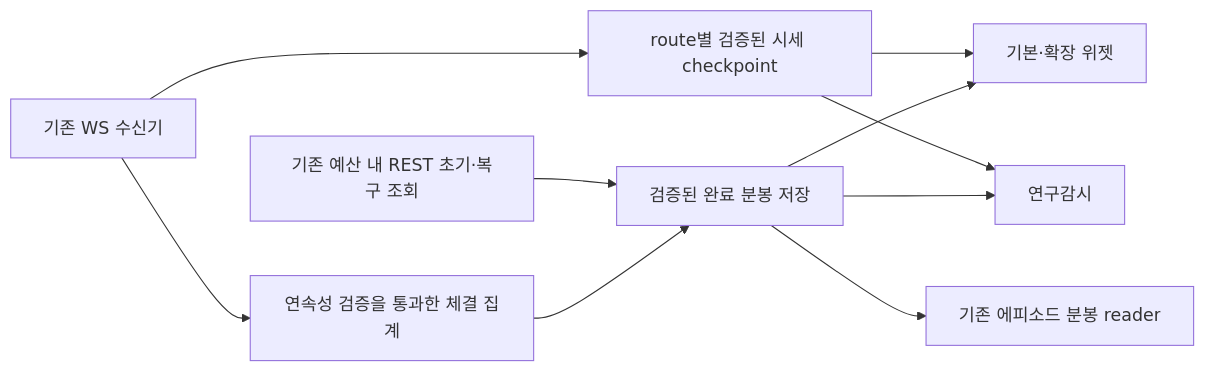
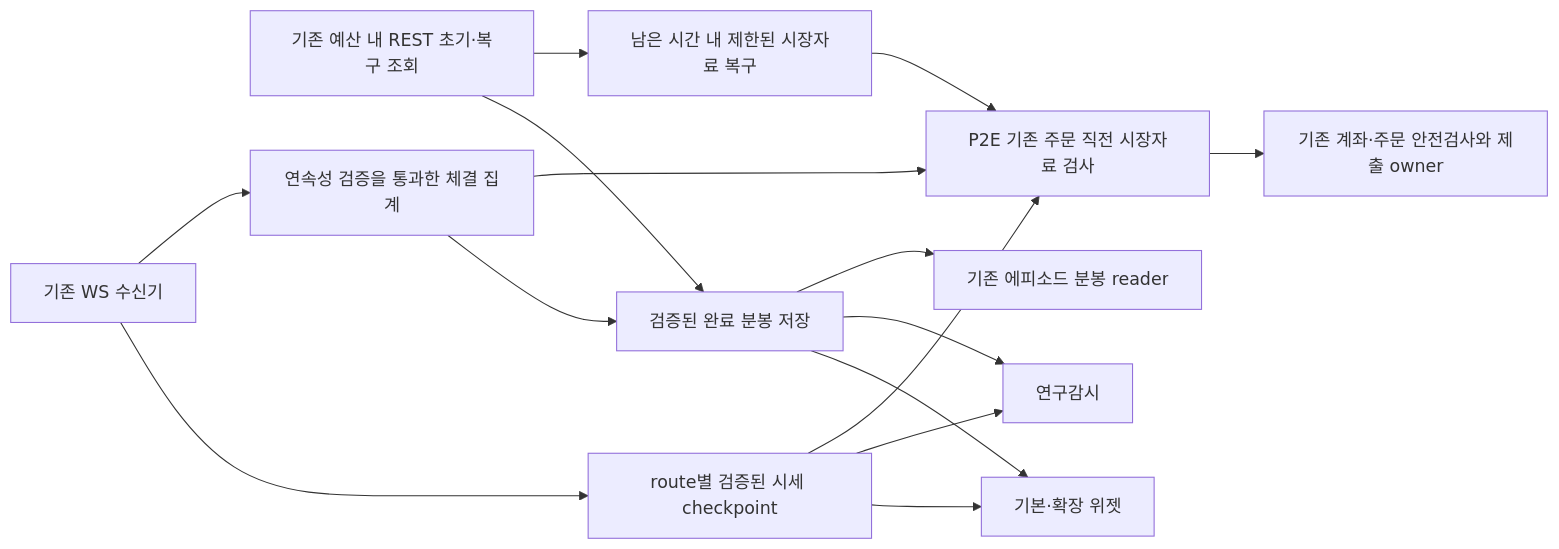
Before and after one commit to JaehwanPark/KORStockScan: the diagram in docs/proposals/widget-episode-shared-ws-market-data-improvement-plan-2026-09-21.md, drawn with Mermaid. The commit also changed other lines of this file and 16 other files, not shown here.

````diff
--- a/docs/proposals/widget-episode-shared-ws-market-data-improvement-plan-2026-09-21.md
+++ b/docs/proposals/widget-episode-shared-ws-market-data-improvement-plan-2026-09-21.md
@@ -46,12 +62,17 @@
 ```mermaid
 flowchart LR
     WS[기존 WS 수신기] --> Q[route별 검증된 시세 checkpoint]
     Q --> W[기본·확장 위젯]
     Q --> R[연구감시]
     REST[기존 예산 내 REST 초기·복구 조회] --> B[검증된 완료 분봉 저장]
     WS --> T[연속성 검증을 통과한 체결 집계]
     T --> B
     B --> W
     B --> R
     B --> E[기존 에피소드 분봉 reader]
+    Q --> G[P2E 기존 주문 직전 시장자료 검사]
+    T --> G
+    REST --> F[남은 시간 내 제한된 시장자료 복구]
+    F --> G
+    G --> O[기존 계좌·주문 안전검사와 제출 owner]
 ```
````
